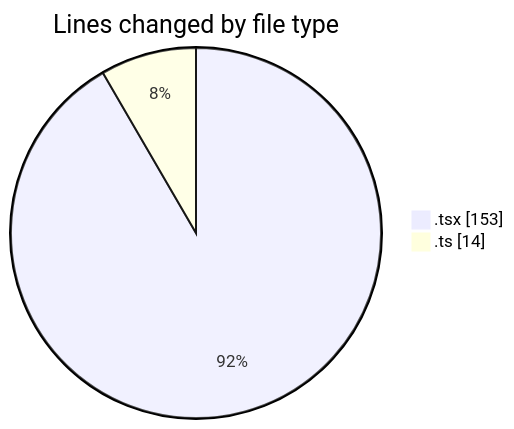
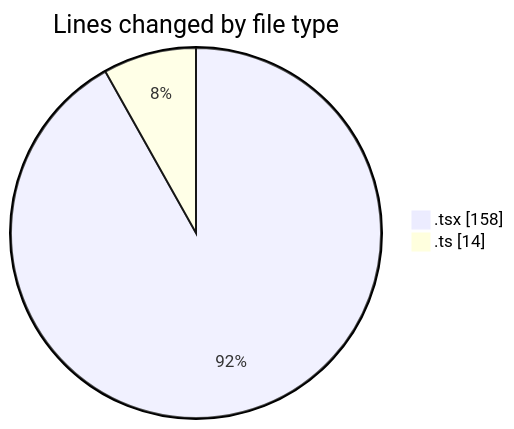
One commit to robertbonfada/code-tracking changed the first of 2 diagrams in 2025-01-10/mbc-web/README.md. Above: the diagram before and after it, drawn with Mermaid. The commit also changed other lines of this file and 1 other file, not shown here.

````diff
--- a/2025-01-10/mbc-web/README.md
+++ b/2025-01-10/mbc-web/README.md
@@ -23,6 +23,6 @@
 ```mermaid
 pie showData
 title Lines changed by file type
-".tsx" : 153
+".tsx" : 158
 ".ts" : 14
 ```
````
